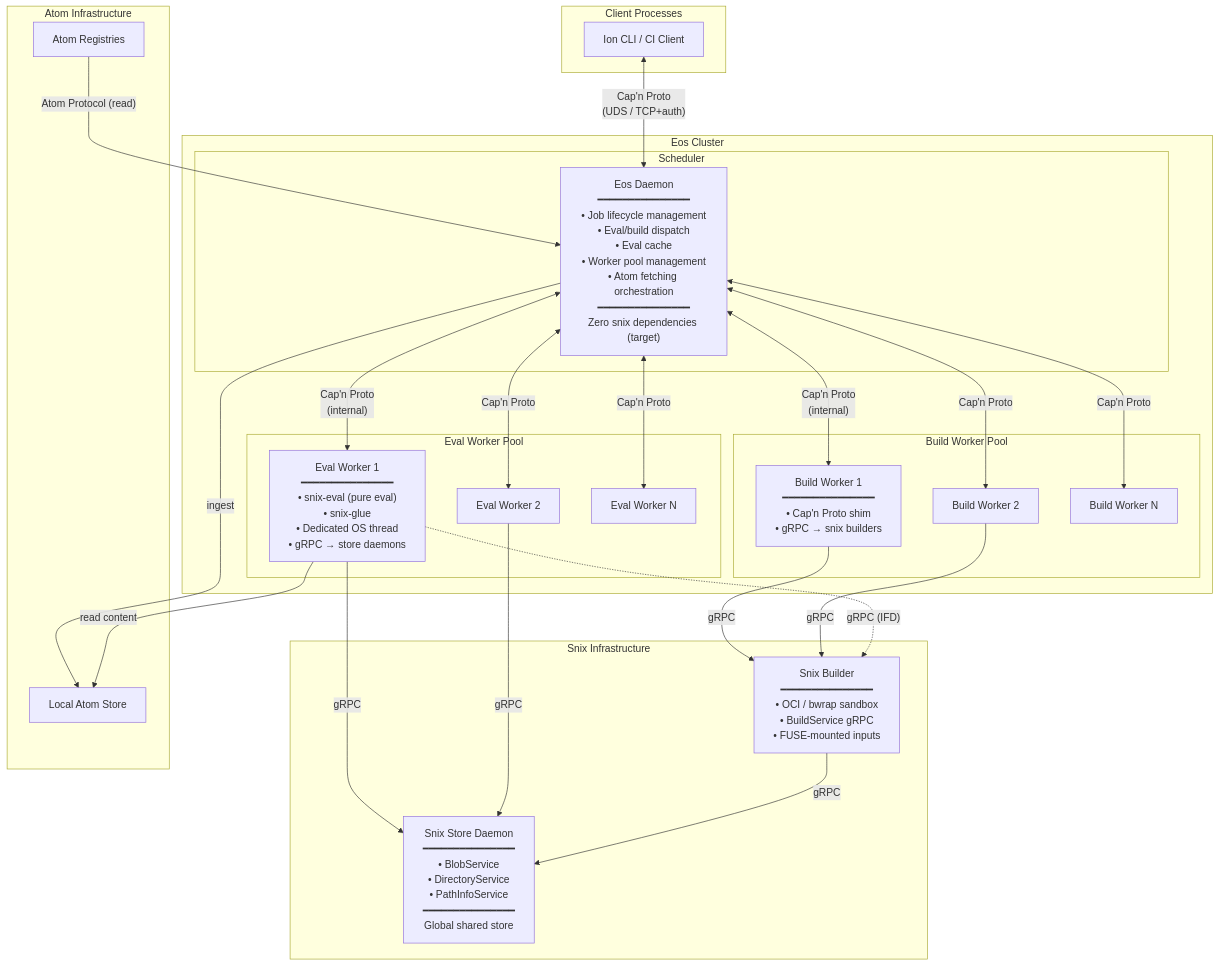
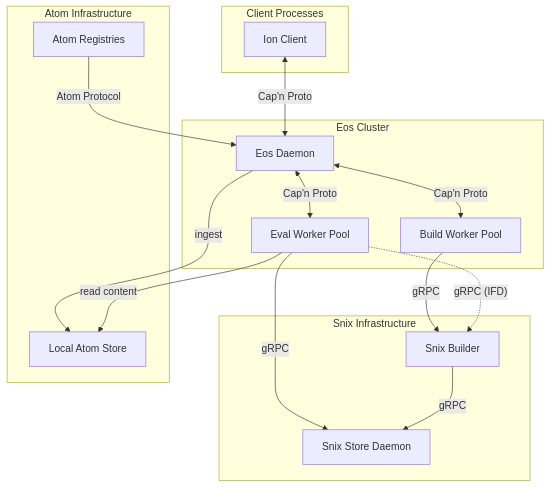
Before and after one commit to axiosoph/axios: the second of 10 diagrams in docs/architecture/eos-sad.md, drawn with Mermaid. The commit also changed other lines of this file and 3 other files, not shown here.

First line of the commit message:
feat(www): add interactive mermaid viewer

````diff
--- a/docs/architecture/eos-sad.md
+++ b/docs/architecture/eos-sad.md
@@ -140,51 +140,33 @@
 ```mermaid
 graph TB
     subgraph "Client Processes"
-        ION["Ion CLI / CI Client"]
+        ION["Ion Client"]
     end
 
     subgraph "Eos Cluster"
-        subgraph "Scheduler"
-            DAEMON["Eos Daemon<br/>━━━━━━━━━━━━━━━<br/>• Job lifecycle management<br/>• Eval/build dispatch<br/>• Eval cache<br/>• Worker pool management<br/>• Atom fetching orchestration<br/>━━━━━━━━━━━━━━━<br/>Zero snix dependencies (target)"]
-        end
-
-        subgraph "Eval Worker Pool"
-            EW1["Eval Worker 1<br/>━━━━━━━━━━━━━━━<br/>• snix-eval (pure eval)<br/>• snix-glue<br/>• Dedicated OS thread<br/>• gRPC → store daemons"]
-            EW2["Eval Worker 2"]
-            EWN["Eval Worker N"]
-        end
-
-        subgraph "Build Worker Pool"
-            BW1["Build Worker 1<br/>━━━━━━━━━━━━━━━<br/>• Cap'n Proto shim<br/>• gRPC → snix builders"]
-            BW2["Build Worker 2"]
-            BWN["Build Worker N"]
-        end
+        DAEMON["Eos Daemon"]
+        EWP["Eval Worker Pool"]
+        BWP["Build Worker Pool"]
     end
 
     subgraph "Snix Infrastructure"
-        STORE["Snix Store Daemon<br/>━━━━━━━━━━━━━━━<br/>• BlobService<br/>• DirectoryService<br/>• PathInfoService<br/>━━━━━━━━━━━━━━━<br/>Global shared store"]
-        BUILDER["Snix Builder<br/>━━━━━━━━━━━━━━━<br/>• OCI / bwrap sandbox<br/>• BuildService gRPC<br/>• FUSE-mounted inputs"]
+        STORE["Snix Store Daemon"]
+        BUILDER["Snix Builder"]
     end
 
     subgraph "Atom Infrastructure"
         ASTORE["Local Atom Store"]
         AREG["Atom Registries"]
     end
 
-    ION <-->|"Cap'n Proto<br/>(UDS / TCP+auth)"| DAEMON
-    DAEMON <-->|"Cap'n Proto<br/>(internal)"| EW1
-    DAEMON <-->|"Cap'n Proto"| EW2
-    DAEMON <-->|"Cap'n Proto"| EWN
-    DAEMON <-->|"Cap'n Proto<br/>(internal)"| BW1
-    DAEMON <-->|"Cap'n Proto"| BW2
-    DAEMON <-->|"Cap'n Proto"| BWN
-    EW1 -->|"gRPC"| STORE
-    EW2 -->|"gRPC"| STORE
-    BW1 -->|"gRPC"| BUILDER
-    BW2 -->|"gRPC"| BUILDER
+    ION <-->|"Cap'n Proto"| DAEMON
+    DAEMON <-->|"Cap'n Proto"| EWP
+    DAEMON <-->|"Cap'n Proto"| BWP
+    EWP -->|"gRPC"| STORE
+    BWP -->|"gRPC"| BUILDER
     BUILDER -->|"gRPC"| STORE
-    EW1 -.->|"gRPC (IFD)"| BUILDER
-    AREG -->|"Atom Protocol (read)"| DAEMON
+    EWP -.->|"gRPC (IFD)"| BUILDER
+    AREG -->|"Atom Protocol"| DAEMON
     DAEMON -->|"ingest"| ASTORE
-    EW1 -->|"read content"| ASTORE
+    EWP -->|"read content"| ASTORE
 ```
````
